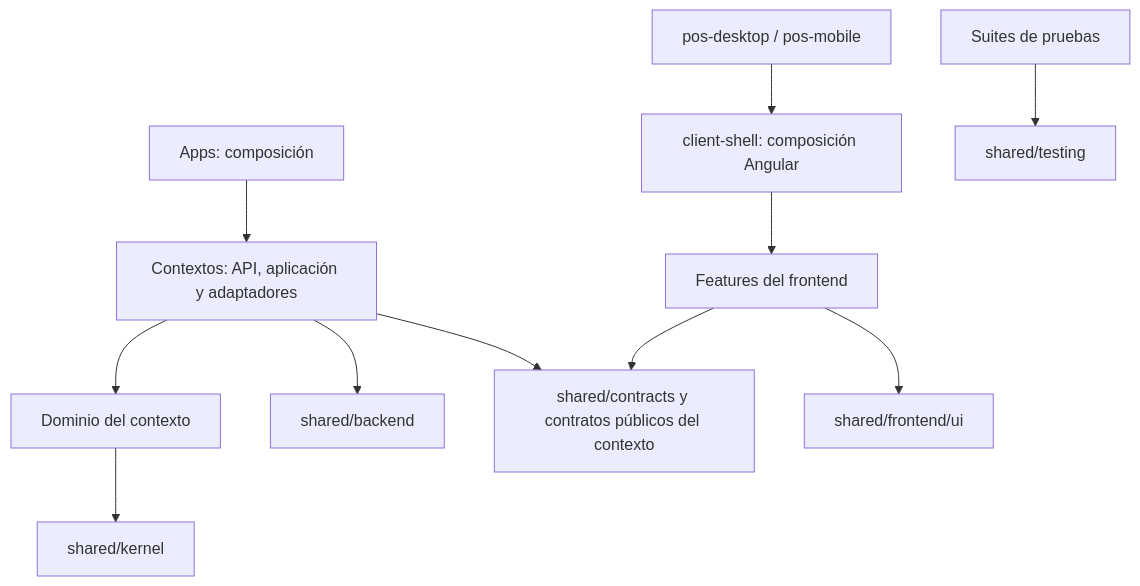
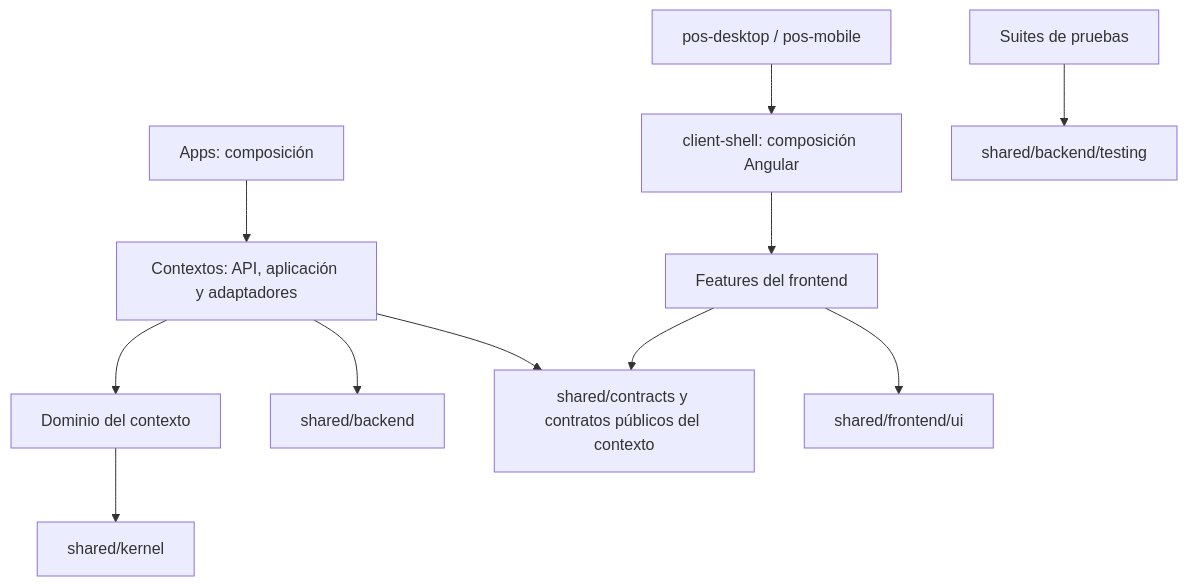
Before and after one commit to developer-implementos/pos-docs: the diagram in docs/architecture.md, drawn with Mermaid. The commit also changed other lines of this file and 13 other files, not shown here.

````diff
--- a/docs/architecture.md
+++ b/docs/architecture.md
@@ -23,13 +23,13 @@
 ```mermaid
 flowchart TB
     Apps["Apps: composición"] --> Context["Contextos: API, aplicación y adaptadores"]
     Context --> Domain["Dominio del contexto"]
     Context --> Technical["shared/backend"]
     Domain --> Kernel["shared/kernel"]
     Context --> Contracts["shared/contracts y contratos públicos del contexto"]
     Clients["pos-desktop / pos-mobile"] --> Shell["client-shell: composición Angular"]
     Shell --> Web["Features del frontend"]
     Web --> UI["shared/frontend/ui"]
     Web --> Contracts
-    Tests["Suites de pruebas"] --> Support["shared/testing"]
+    Tests["Suites de pruebas"] --> Support["shared/backend/testing"]
 ```
````
